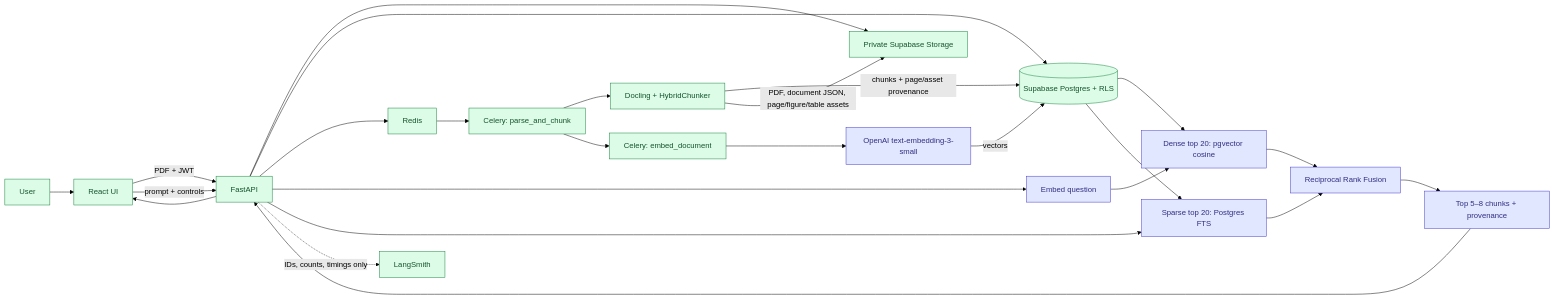
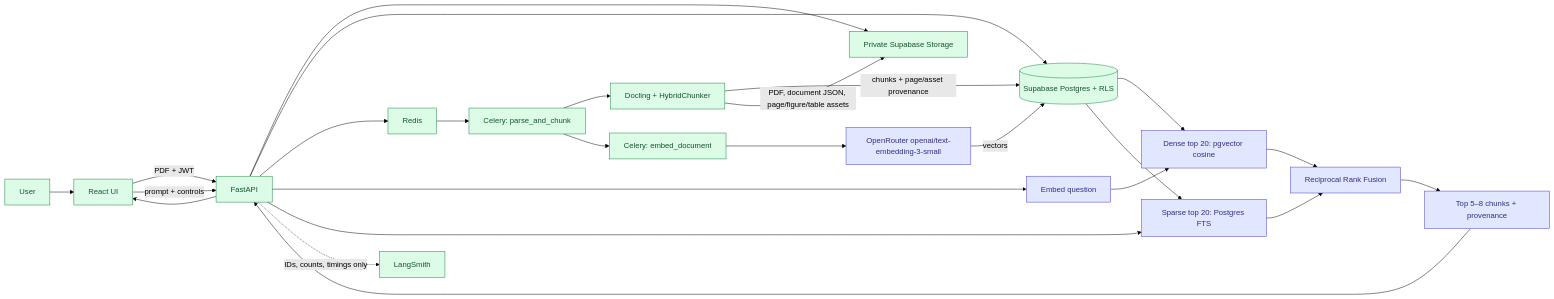
One commit to mudgalma/Saral-ai-powered-slidemaker changed the first of 2 diagrams in docs/architecture.md. Above: the diagram before and after it, drawn with Mermaid (forest theme). The commit also changed other lines of this file and 27 other files, not shown here.

````diff
--- a/docs/architecture.md
+++ b/docs/architecture.md
@@ -8,34 +11,34 @@
 ```mermaid
 flowchart LR
     U[User] --> UI[React UI]
     UI -->|PDF + JWT| API[FastAPI]
     API --> S[Private Supabase Storage]
     API --> DB[(Supabase Postgres + RLS)]
     API --> R[Redis]
     R --> PW[Celery: parse_and_chunk]
     PW --> P[Docling + HybridChunker]
     P -->|chunks + page/asset provenance| DB
     P -->|PDF, document JSON, page/figure/table assets| S
     PW --> EW[Celery: embed_document]
-    EW --> O[OpenAI text-embedding-3-small]
+    EW --> O[OpenRouter openai/text-embedding-3-small]
     O -->|vectors| DB
 
     UI -->|prompt + controls| API
     API --> QE[Embed question]
     QE --> D[Dense top 20: pgvector cosine]
     API --> F[Sparse top 20: Postgres FTS]
     DB --> D
     DB --> F
     D --> RRF[Reciprocal Rank Fusion]
     F --> RRF
     RRF --> K[Top 5–8 chunks + provenance]
     K --> API
     API --> UI
 
     API -. IDs, counts, timings only .-> LS[LangSmith]
 
     classDef persisted fill:#dcfce7,stroke:#15803d,color:#14532d;
     classDef retrieval fill:#e0e7ff,stroke:#4338ca,color:#312e81;
     class U,UI,API,S,DB,R,P,PW,EW,LS persisted;
     class O,QE,D,F,RRF,K retrieval;
 ```
````
